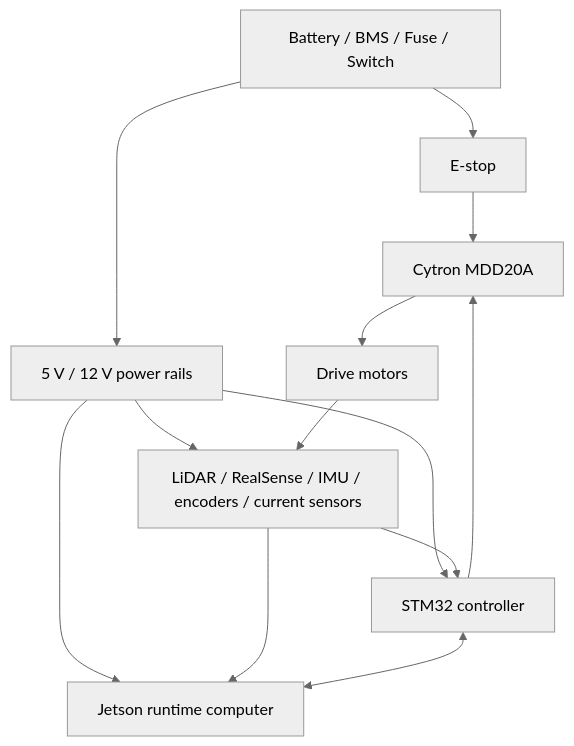
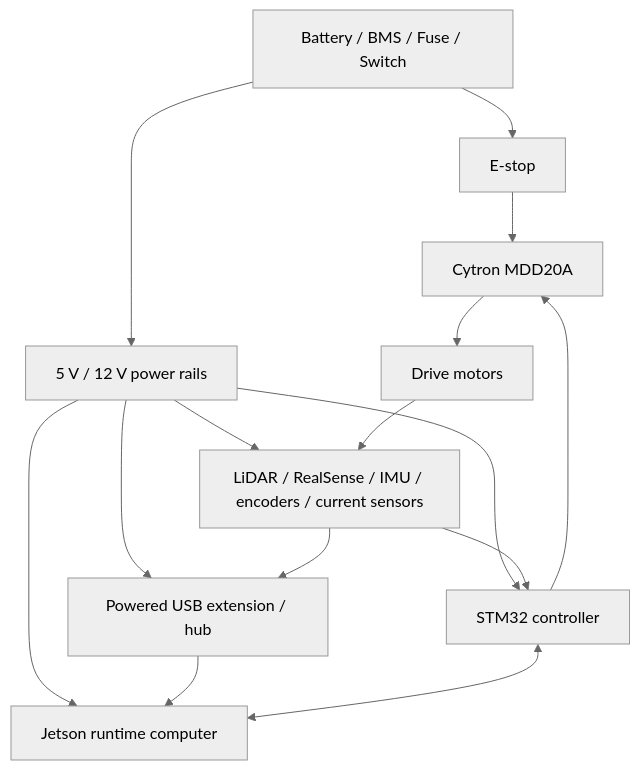
One commit to KartikMehta-1/AMR-development changed the diagram in docs/architecture/80_physical_hardware.md. Above: the diagram before and after it, drawn with Mermaid (neutral theme). The commit also changed other lines of this file and 9 other files, not shown here.

````diff
--- a/docs/architecture/80_physical_hardware.md
+++ b/docs/architecture/80_physical_hardware.md
@@ -17,24 +17,27 @@
 ```mermaid
 flowchart TB
   BAT[Battery / BMS / Fuse / Switch]
   ESTOP[E-stop]
   POWER[5 V / 12 V power rails]
   JETSON[Jetson runtime computer]
+  USBEXT[Powered USB extension / hub]
   STM[STM32 controller]
   DRIVER[Cytron MDD20A]
   MOTORS[Drive motors]
   SENSORS[LiDAR / RealSense / IMU / encoders / current sensors]
 
   BAT --> ESTOP
   BAT --> POWER
   POWER --> JETSON
+  POWER --> USBEXT
   POWER --> STM
   POWER --> SENSORS
   ESTOP --> DRIVER
   STM --> DRIVER
   DRIVER --> MOTORS
   MOTORS --> SENSORS
   SENSORS --> STM
-  SENSORS --> JETSON
+  SENSORS --> USBEXT
+  USBEXT --> JETSON
   STM <--> JETSON
 ```
````
